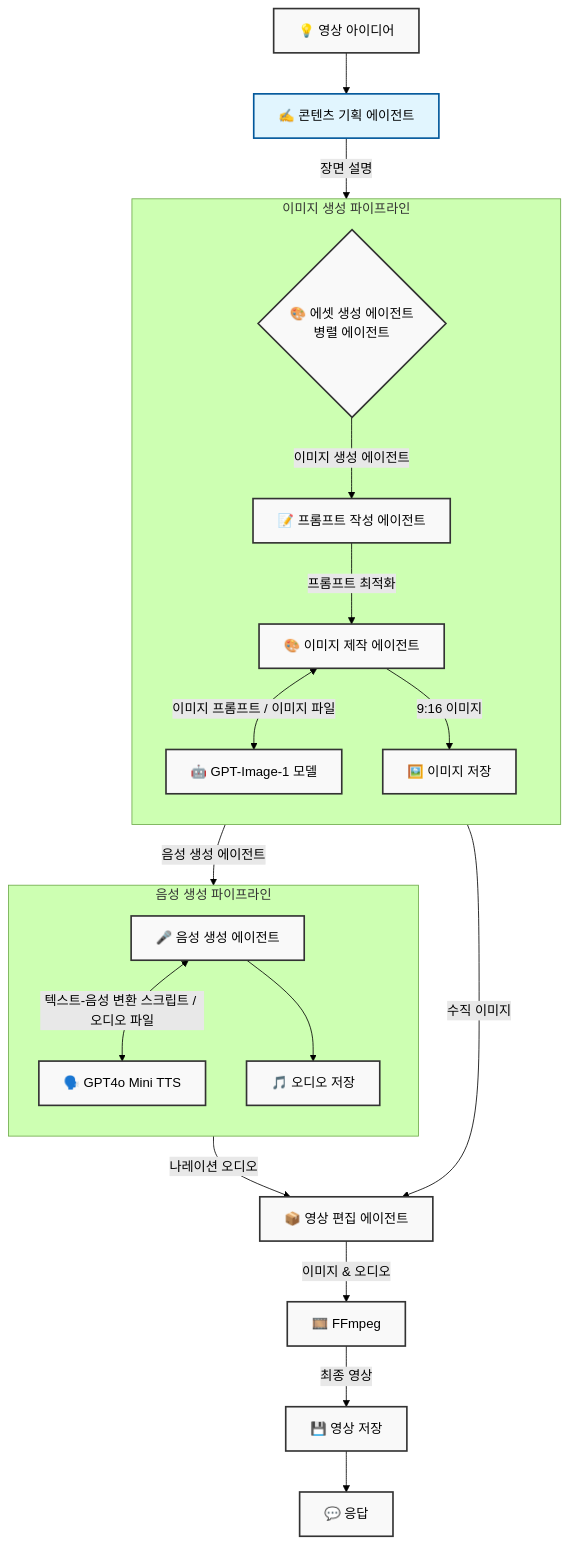
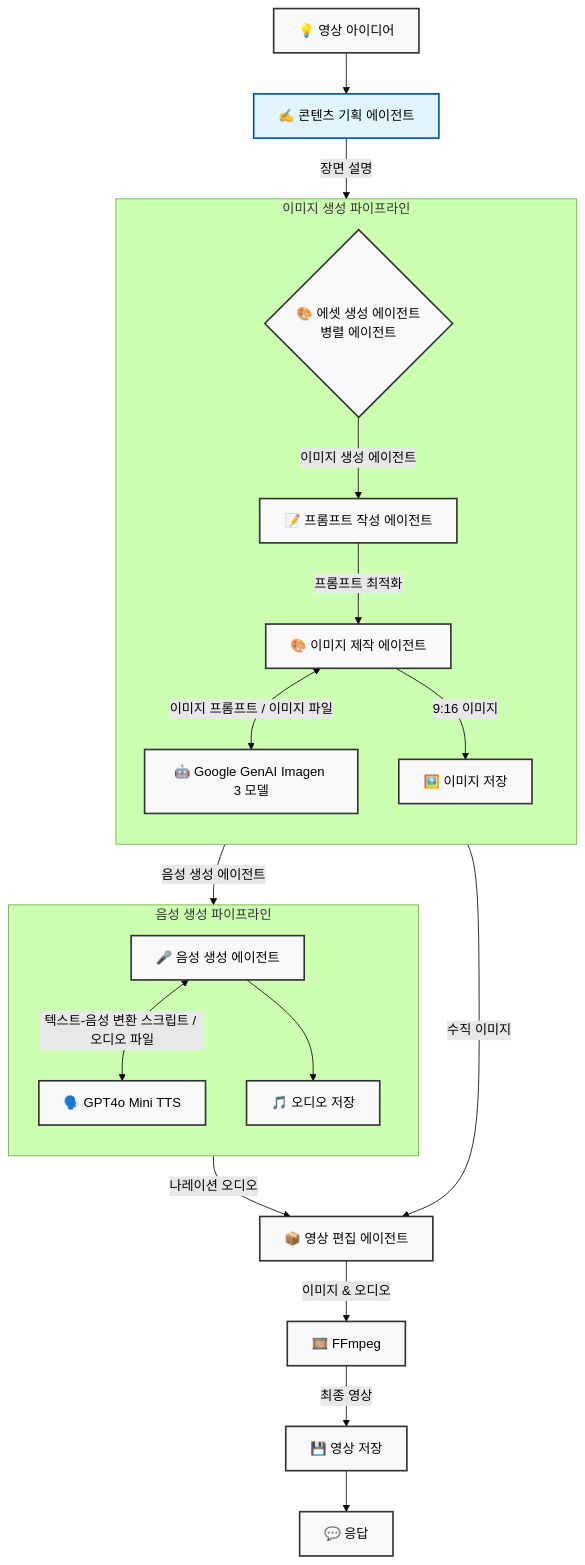
Before and after one commit to Origogi/nomadcoder-ai-agent-study: the diagram in youtube-shorts-maker/README.md, drawn with Mermaid (forest theme). The commit also changed 56 other files, not shown here.

First line of the commit message:
feat(asset-gen): 이미지 생성 파이프라인 고도화 및 Imagen 4 적용

````diff
--- a/youtube-shorts-maker/README.md
+++ b/youtube-shorts-maker/README.md
@@ -7,40 +7,40 @@
 ```mermaid
 graph TD
     %% 노드 스타일 정의
     classDef default fill:#f9f9f9,stroke:#333,stroke-width:2px;
     classDef agent fill:#e1f5fe,stroke:#01579b,stroke-width:2px;
     classDef model fill:#fff3e0,stroke:#e65100,stroke-width:2px;
     classDef storage fill:#e8f5e9,stroke:#1b5e20,stroke-width:2px;
     classDef process fill:#f3e5f5,stroke:#4a148c,stroke-width:2px;
 
     Start[💡 영상 아이디어] --> Planner[✍️ 콘텐츠 기획 에이전트]
     Planner -->|장면 설명| AssetGen{🎨 에셋 생성 에이전트<br/>병렬 에이전트}
 
     %% 에이전트 클래스 적용
     class Planner,PromptAgent,ImageMaker,VoiceAgent,Editor agent;
     class GPTImage,TTS model;
     class ImageSave,AudioSave,VideoSave storage;
     class FFMPEG process;
 
     subgraph ImagePipeline [이미지 생성 파이프라인]
         direction TB
         AssetGen -->|이미지 생성 에이전트| PromptAgent[📝 프롬프트 작성 에이전트]
         PromptAgent -->|프롬프트 최적화| ImageMaker[🎨 이미지 제작 에이전트]
-        ImageMaker <-->|이미지 프롬프트 / 이미지 파일| GPTImage[🤖 GPT-Image-1 모델]
+        ImageMaker <-->|이미지 프롬프트 / 이미지 파일| GPTImage[🤖 Google GenAI Imagen 3 모델]
         ImageMaker -->|9:16 이미지| ImageSave[🖼️ 이미지 저장]
     end
 
     subgraph AudioPipeline [음성 생성 파이프라인]
         direction TB
         AssetGen -->|음성 생성 에이전트| VoiceAgent[🎤 음성 생성 에이전트]
         VoiceAgent <-->|텍스트-음성 변환 스크립트 / 오디오 파일| TTS[🗣️ GPT4o Mini TTS]
         VoiceAgent --> AudioSave[🎵 오디오 저장]
     end
 
     ImageSave -->|수직 이미지| Editor[📦 영상 편집 에이전트]
     AudioSave -->|나레이션 오디오| Editor
 
     Editor -->|이미지 & 오디오| FFMPEG[🎞️ FFmpeg]
     FFMPEG -->|최종 영상| VideoSave[💾 영상 저장]
     VideoSave --> End[💬 응답]
 ```
````
